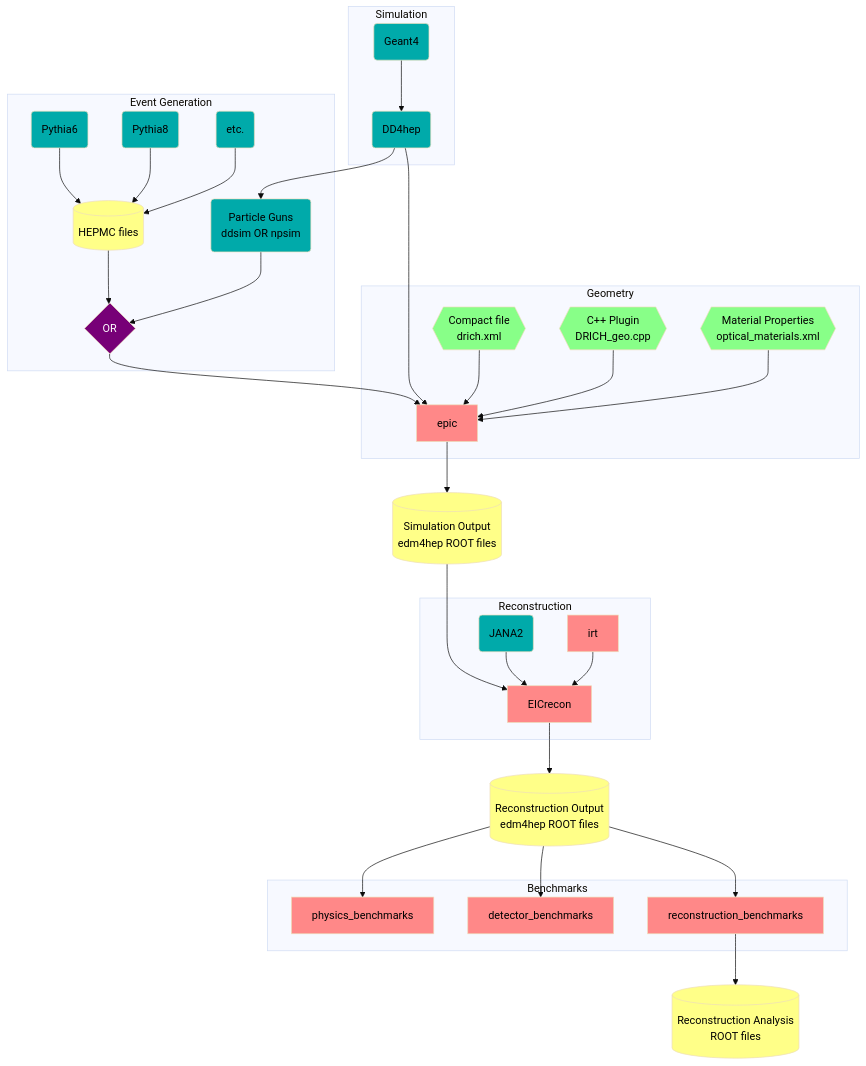
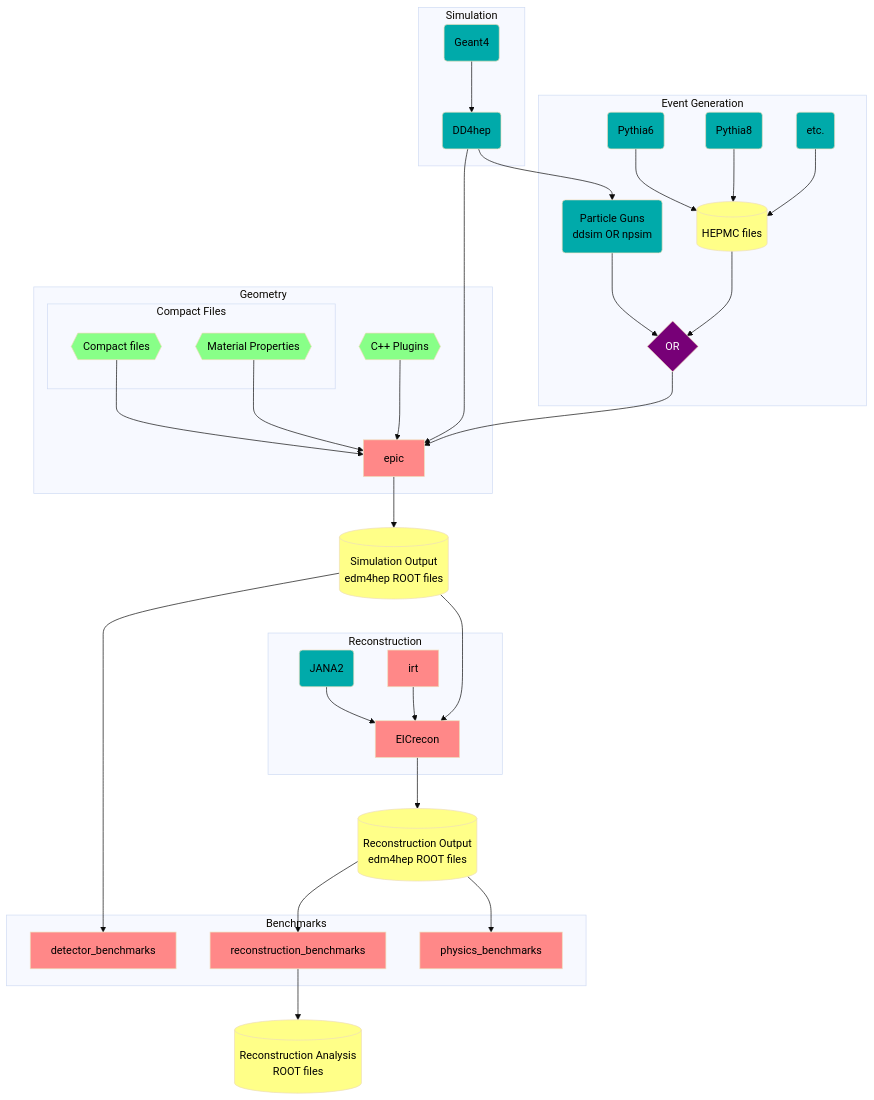
The third of 3 diagrams in README.md (eic/drich-dev), drawn with Mermaid (base theme) before and after one commit.

Commit message:
doc: update ePIC software flowchart

````diff
--- a/README.md
+++ b/README.md
@@ -228,65 +228,67 @@
 ```mermaid
 flowchart TB
   classDef epic fill:#ff8888,color:black
   classDef dep fill:#00aaaa,color:black
   classDef obj fill:#88ff88,color:black
   classDef data fill:#ffff88,color:black
   classDef op fill:#770077,color:white
 
   subgraph Event Generation
     Pythia6(Pythia6):::dep
     Pythia8(Pythia8):::dep
     OtherGen(etc.):::dep
     Hepmc[(HEPMC files)]:::data
     Gun(Particle Guns<br/>ddsim OR npsim):::dep
     GenOR{OR}:::op
   end
   Pythia6 --> Hepmc
   Pythia8 --> Hepmc
   OtherGen --> Hepmc
   Hepmc --> GenOR
   Gun --> GenOR
 
   subgraph Simulation
     DD4hep(DD4hep):::dep
     Geant(Geant4):::dep
   end
   Geant --> DD4hep
 
   subgraph Geometry
     Epic[epic]:::epic
-    DDCompact{{Compact file<br/>drich.xml}}:::obj
-    DDPlugin{{C++ Plugin<br/>DRICH_geo.cpp}}:::obj
-    DDMat{{Material Properties<br/>optical_materials.xml}}:::obj
+    subgraph Compact Files
+      DDCompact{{Compact files}}:::obj
+      DDMat{{Material Properties}}:::obj
+    end
+    DDPlugin{{C++ Plugins}}:::obj
   end
   SimOut[(Simulation Output<br/>edm4hep ROOT files)]:::data
   DD4hep --> Gun
   GenOR --> Epic
   DD4hep --> Epic
   DDCompact --> Epic
   DDPlugin --> Epic
   DDMat --> Epic
   Epic --> SimOut
 
   subgraph Reconstruction
     JANA(JANA2):::dep
     EICrecon[EICrecon]:::epic
     IRT[irt]:::epic
   end
   RecOut[(Reconstruction Output<br/>edm4hep ROOT files)]:::data
   SimOut ---> EICrecon
   JANA --> EICrecon
   IRT --> EICrecon
   EICrecon --> RecOut
 
   subgraph Benchmarks
     PhysicsBenchmarks[physics_benchmarks]:::epic
     DetectorBenchmarks[detector_benchmarks]:::epic
     ReconstructionBenchmarks[reconstruction_benchmarks]:::epic
   end
   AnaOut[(Reconstruction Analysis<br/>ROOT files)]:::data
+  SimOut --> DetectorBenchmarks
   RecOut --> PhysicsBenchmarks
-  RecOut --> DetectorBenchmarks
   RecOut --> ReconstructionBenchmarks --> AnaOut
 
 ```
````
